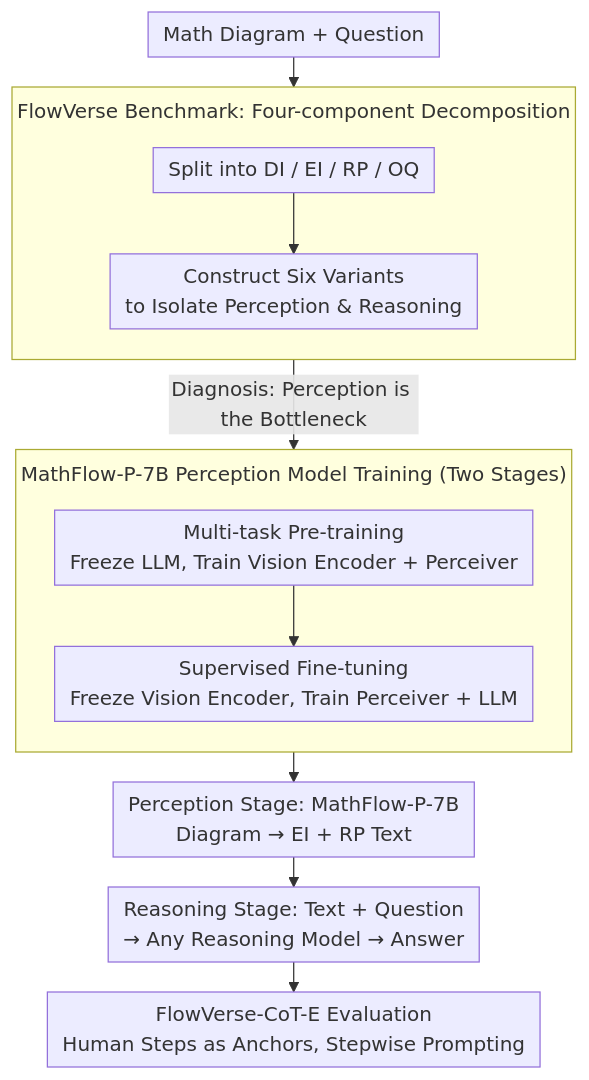
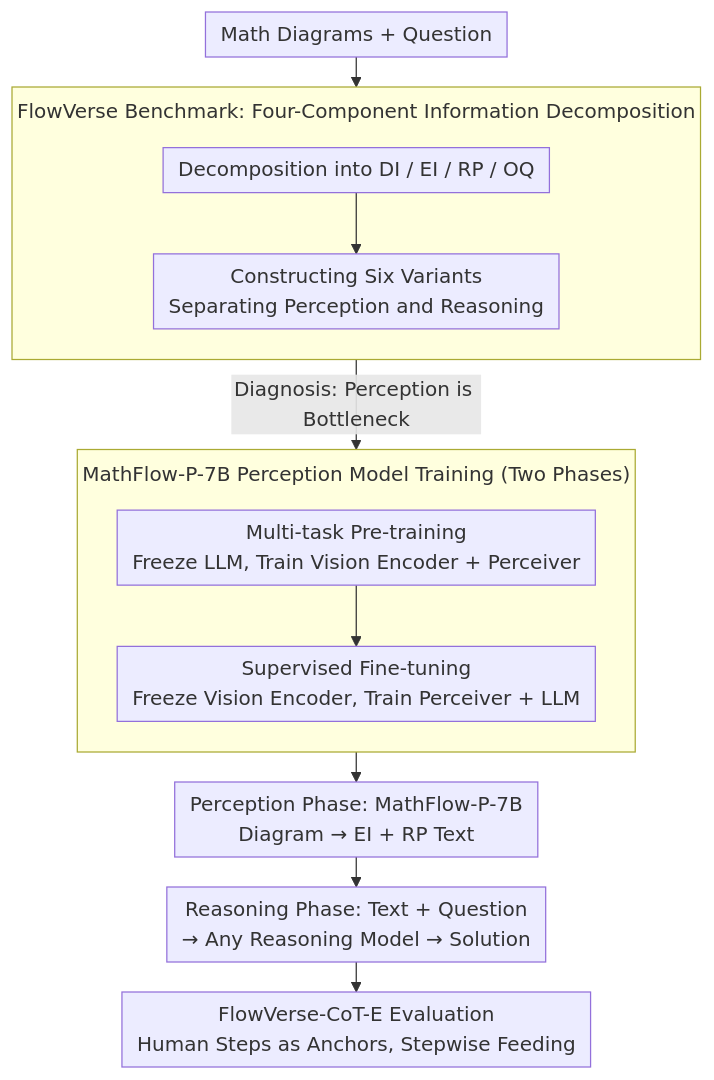
One commit to zhaoyang97/Paper-Notes-en changed the diagram in docs/ACL2026/multimodal_vlm/mathflow_enhancing_the_perceptual_flow_of_mllms_for_visual_mathematical_problems.md. Above: the diagram before and after it, drawn with Mermaid. The commit also changed other lines of this file and 5084 other files, not shown here.

````diff
--- a/docs/ACL2026/multimodal_vlm/mathflow_enhancing_the_perceptual_flow_of_mllms_for_visual_mathematical_problems.md
+++ b/docs/ACL2026/multimodal_vlm/mathflow_enhancing_the_perceptual_flow_of_mllms_for_visual_mathematical_problems.md
@@ -46,17 +44,17 @@
 ```mermaid
 %%{init: {'flowchart': {'rankSpacing': 24, 'nodeSpacing': 28, 'padding': 6, 'wrappingWidth': 400, 'subGraphTitleMargin': {'top': 8, 'bottom': 16}}}}%%
 flowchart TD
-    A["Math Diagram + Question"] --> FV
-    subgraph FV["FlowVerse Benchmark: Four-component Decomposition"]
+    A["Math Diagrams + Question"] --> FV
+    subgraph FV["FlowVerse Benchmark: Four-Component Information Decomposition"]
         direction TB
-        B["Split into DI / EI / RP / OQ"] --> C["Construct Six Variants<br/>to Isolate Perception & Reasoning"]
+        B["Decomposition into DI / EI / RP / OQ"] --> C["Constructing Six Variants<br/>Separating Perception and Reasoning"]
     end
-    FV -->|"Diagnosis: Perception is the Bottleneck"| MP
-    subgraph MP["MathFlow-P-7B Perception Model Training (Two Stages)"]
+    FV -->|"Diagnosis: Perception is Bottleneck"| MP
+    subgraph MP["MathFlow-P-7B Perception Model Training (Two Phases)"]
         direction TB
         D["Multi-task Pre-training<br/>Freeze LLM, Train Vision Encoder + Perceiver"] --> E["Supervised Fine-tuning<br/>Freeze Vision Encoder, Train Perceiver + LLM"]
     end
-    MP --> F["Perception Stage: MathFlow-P-7B<br/>Diagram → EI + RP Text"]
-    F --> G["Reasoning Stage: Text + Question<br/>→ Any Reasoning Model → Answer"]
-    G --> H["FlowVerse-CoT-E Evaluation<br/>Human Steps as Anchors, Stepwise Prompting"]
+    MP --> F["Perception Phase: MathFlow-P-7B<br/>Diagram → EI + RP Text"]
+    F --> G["Reasoning Phase: Text + Question<br/>→ Any Reasoning Model → Solution"]
+    G --> H["FlowVerse-CoT-E Evaluation<br/>Human Steps as Anchors, Stepwise Feeding"]
 ```
````
